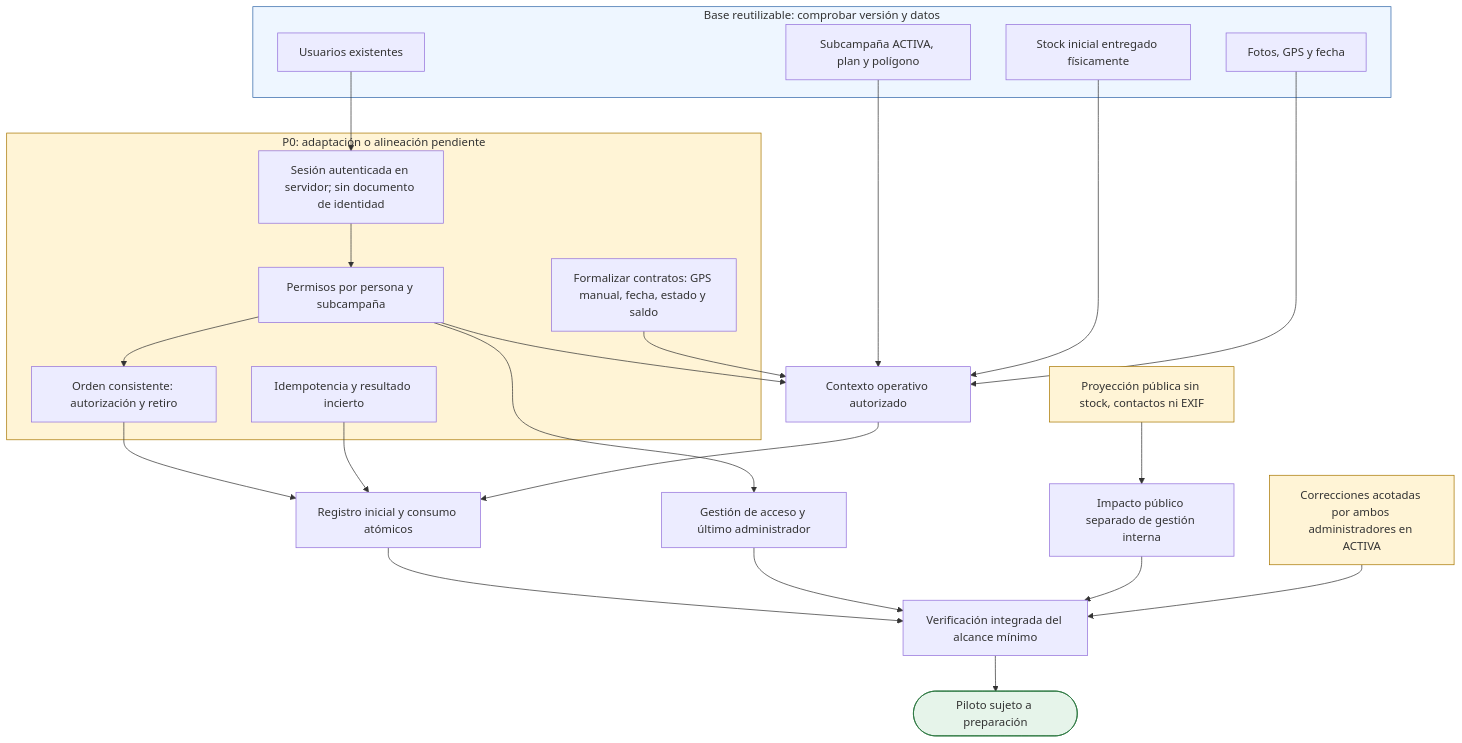
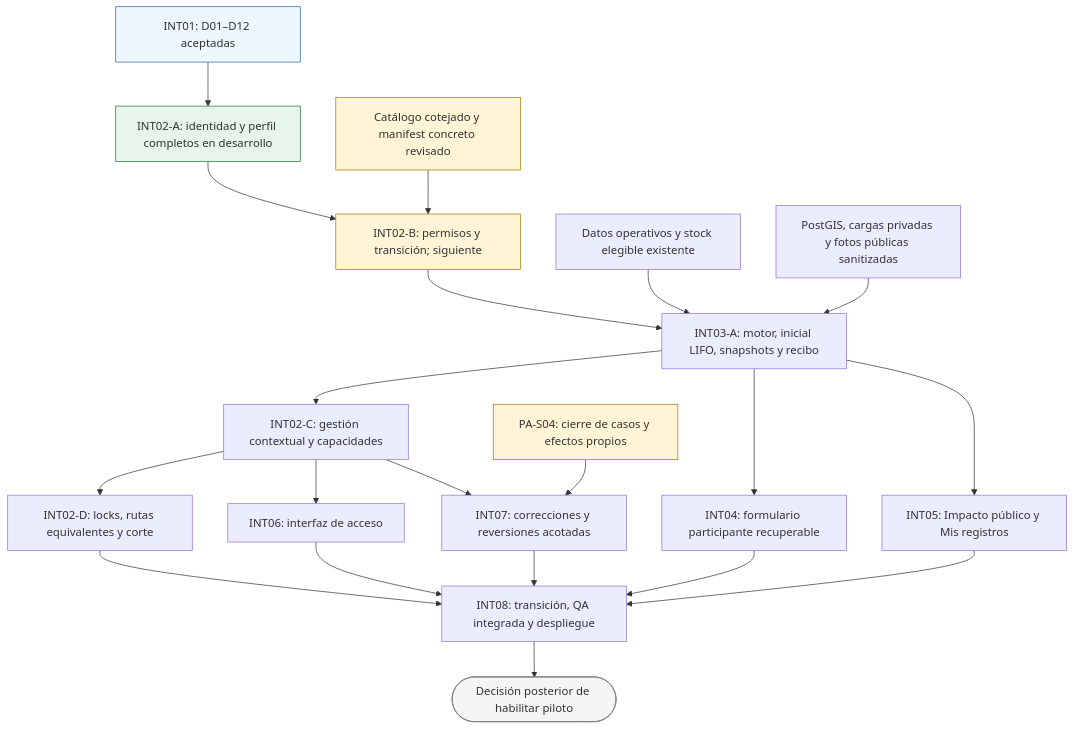
Before and after one commit to R3foresta/r3foresta-docs: the diagram in specs/plantacion/participacion-aliada/diagramas/PA-D05-dependencias-implementacion.mmd, drawn with Mermaid. The commit also changed 76 other files, not shown here.

```diff
--- a/specs/plantacion/participacion-aliada/diagramas/PA-D05-dependencias-implementacion.mmd
+++ b/specs/plantacion/participacion-aliada/diagramas/PA-D05-dependencias-implementacion.mmd
@@ -1,47 +1,42 @@
 flowchart TB
-  subgraph reuse ["Base reutilizable: comprobar versión y datos"]
-    users["Usuarios existentes"]
-    terrain["Subcampaña ACTIVA, plan y polígono"]
-    stock["Stock inicial entregado físicamente"]
-    evidence["Fotos, GPS y fecha"]
-  end
+  design["INT01: D01–D12 aceptadas"]
+  identity["INT02-A: identidad y perfil completos en desarrollo"]
+  catalog["Catálogo cotejado y manifest concreto revisado"]
+  permissions["INT02-B: permisos y transición; siguiente"]
+  data["Datos operativos y stock elegible existente"]
+  environment["PostGIS, cargas privadas y fotos públicas sanitizadas"]
+  commands["INT03-A: motor, inicial LIFO, snapshots y recibo"]
+  access["INT02-C: gestión contextual y capacidades"]
+  cutover["INT02-D: locks, rutas equivalentes y corte"]
+  form["INT04: formulario participante recuperable"]
+  impact["INT05: Impacto público y Mis registros"]
+  accessUi["INT06: interfaz de acceso"]
+  correctionCases["PA-S04: cierre de casos y efectos propios"]
+  corrections["INT07: correcciones y reversiones acotadas"]
+  verification["INT08: transición, QA integrada y despliegue"]
+  pilot(["Decisión posterior de habilitar piloto"])
 
-  subgraph pending ["P0: adaptación o alineación pendiente"]
-    identity["Sesión autenticada en servidor; sin documento de identidad"]
-    roles["Permisos por persona y subcampaña"]
-    ordering["Orden consistente: autorización y retiro"]
-    retry["Idempotencia y resultado incierto"]
-    rules["Formalizar contratos: GPS manual, fecha, estado y saldo"]
-  end
-
-  context["Contexto operativo autorizado"]
-  registration["Registro inicial y consumo atómicos"]
-  access["Gestión de acceso y último administrador"]
-  visibility["Proyección pública sin stock, contactos ni EXIF"]
-  map["Impacto público separado de gestión interna"]
-  correction["Correcciones acotadas por ambos administradores en ACTIVA"]
-  verification["Verificación integrada del alcance mínimo"]
-  pilot(["Piloto sujeto a preparación"])
-
-  users --> identity --> roles
-  roles --> ordering --> registration
-  retry --> registration
-  roles --> context
-  terrain --> context
-  stock --> context
-  evidence --> context
-  rules --> context
-  context --> registration
-  roles --> access
-  visibility --> map
-  registration --> verification
-  access --> verification
-  map --> verification
-  correction --> verification
+  design --> identity --> permissions
+  catalog --> permissions
+  permissions --> commands
+  data --> commands
+  environment --> commands
+  commands --> access --> cutover
+  commands --> form
+  commands --> impact
+  access --> accessUi
+  access --> corrections
+  correctionCases --> corrections
+  cutover --> verification
+  form --> verification
+  impact --> verification
+  accessUi --> verification
+  corrections --> verification
   verification --> pilot
 
-  style reuse fill:#EEF6FF,stroke:#3267A8
-  style pending fill:#FFF4D6,stroke:#A87700
-  style correction fill:#FFF4D6,stroke:#A87700
-  style visibility fill:#FFF4D6,stroke:#A87700
-  style pilot fill:#E6F4EA,stroke:#26733B
+  style design fill:#EEF6FF,stroke:#3267A8
+  style identity fill:#E6F4EA,stroke:#26733B
+  style permissions fill:#FFF4D6,stroke:#A87700
+  style catalog fill:#FFF4D6,stroke:#A87700
+  style correctionCases fill:#FFF4D6,stroke:#A87700
+  style pilot fill:#F5F5F5,stroke:#777777
```
